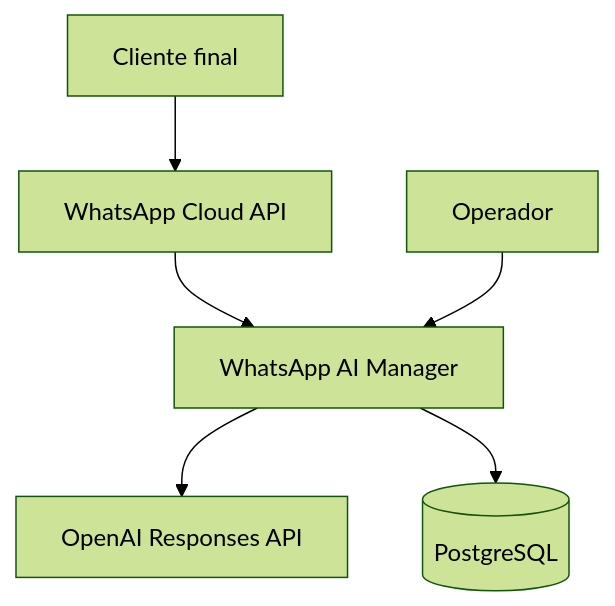
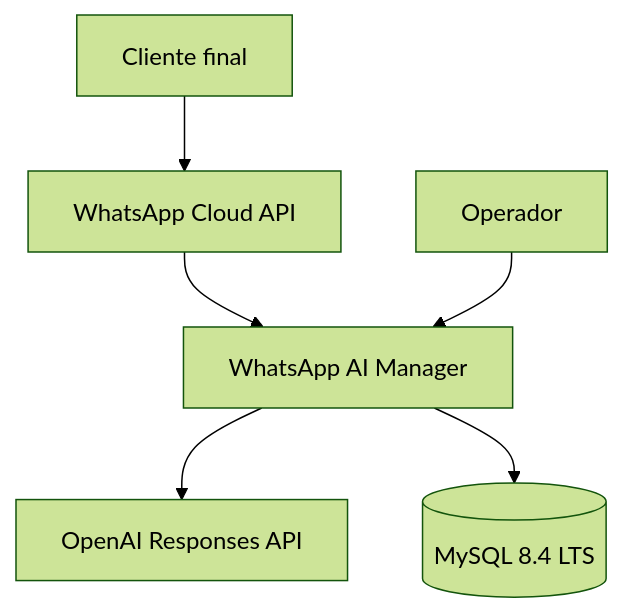
Before and after one commit to MelqueLord/WhatsAppAI: the first of 4 diagrams in docs/architecture/architecture.md, drawn with Mermaid (forest theme). The commit also changed other lines of this file and 18 other files, not shown here.

````diff
--- a/docs/architecture/architecture.md
+++ b/docs/architecture/architecture.md
@@ -5,8 +5,8 @@
 ```mermaid
 flowchart TB
   Customer[Cliente final] --> Meta[WhatsApp Cloud API]
   Meta --> App[WhatsApp AI Manager]
   Operator[Operador] --> App
   App --> OpenAI[OpenAI Responses API]
-  App --> Postgres[(PostgreSQL)]
+  App --> MySQL[(MySQL 8.4 LTS)]
 ```
````
